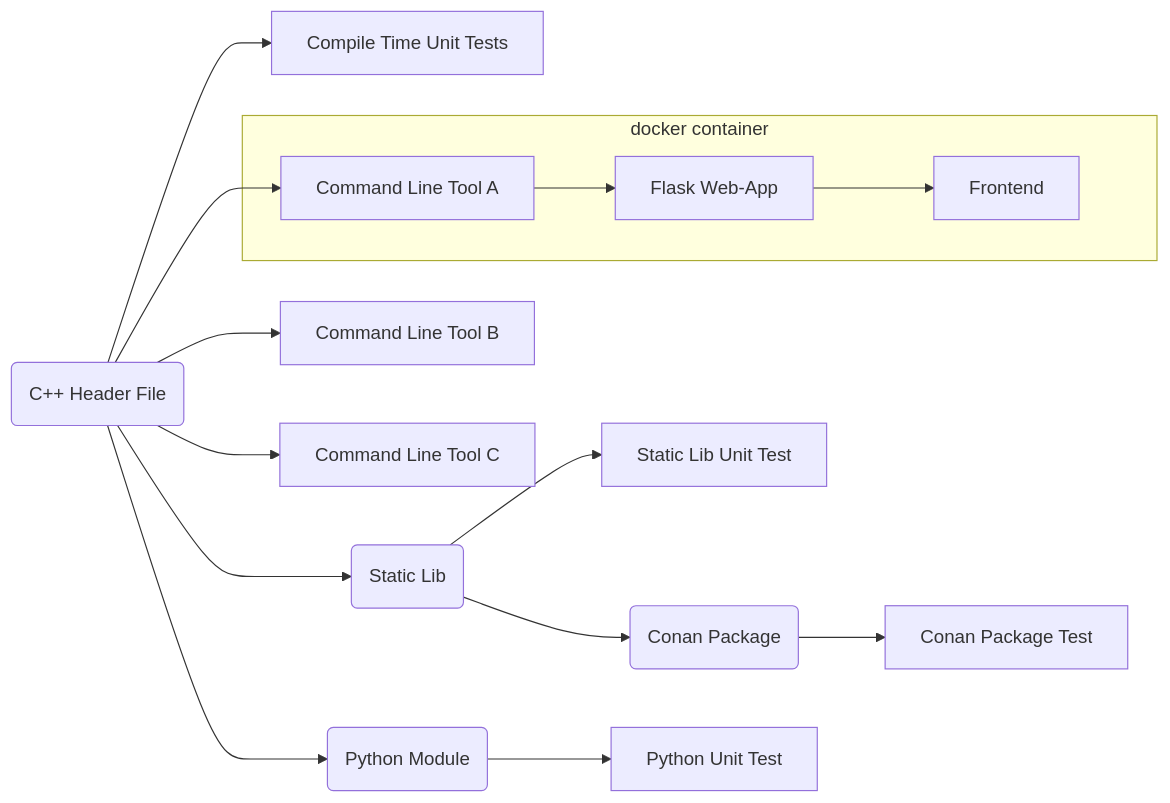
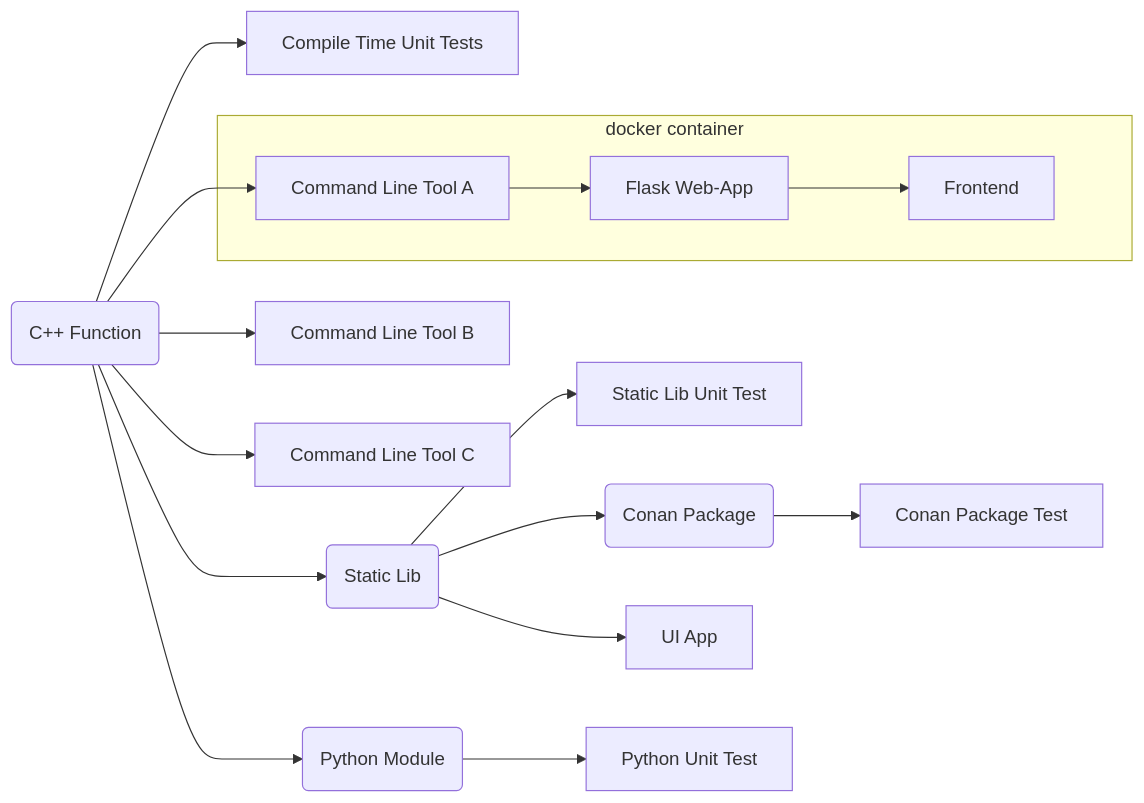
One commit to SebastianBach/full-stack changed the diagram in README.md. Above: the diagram before and after it, drawn with Mermaid. The commit also changed other lines of this file and 11 other files, not shown here.

````diff
--- a/README.md
+++ b/README.md
@@ -24,25 +26,27 @@
 ```mermaid
   flowchart LR;
 
-    F(C++ Header File) --> CUT[Compile Time Unit Tests];
+    F(C++ Function) --> CUT[Compile Time Unit Tests];
 
     F --> CLI1[Command Line Tool A]
     F --> CLI2[Command Line Tool B]
     F --> CLI3[Command Line Tool C]
 
     F --> LIB(Static Lib)
 
     LIB --> LIBTEST[Static Lib Unit Test]
     LIB --> C(Conan Package)
+
+    LIB --> QTCPP[UI App]
 
     C --> CT[Conan Package Test]
 
     F --> PY(Python Module)
 
     subgraph docker container
     CLI1 --> SERVER[Flask Web-App]
     SERVER --> FRONT[Frontend]
     end
 
     PY --> PYTEST[Python Unit Test]
 ```
````
